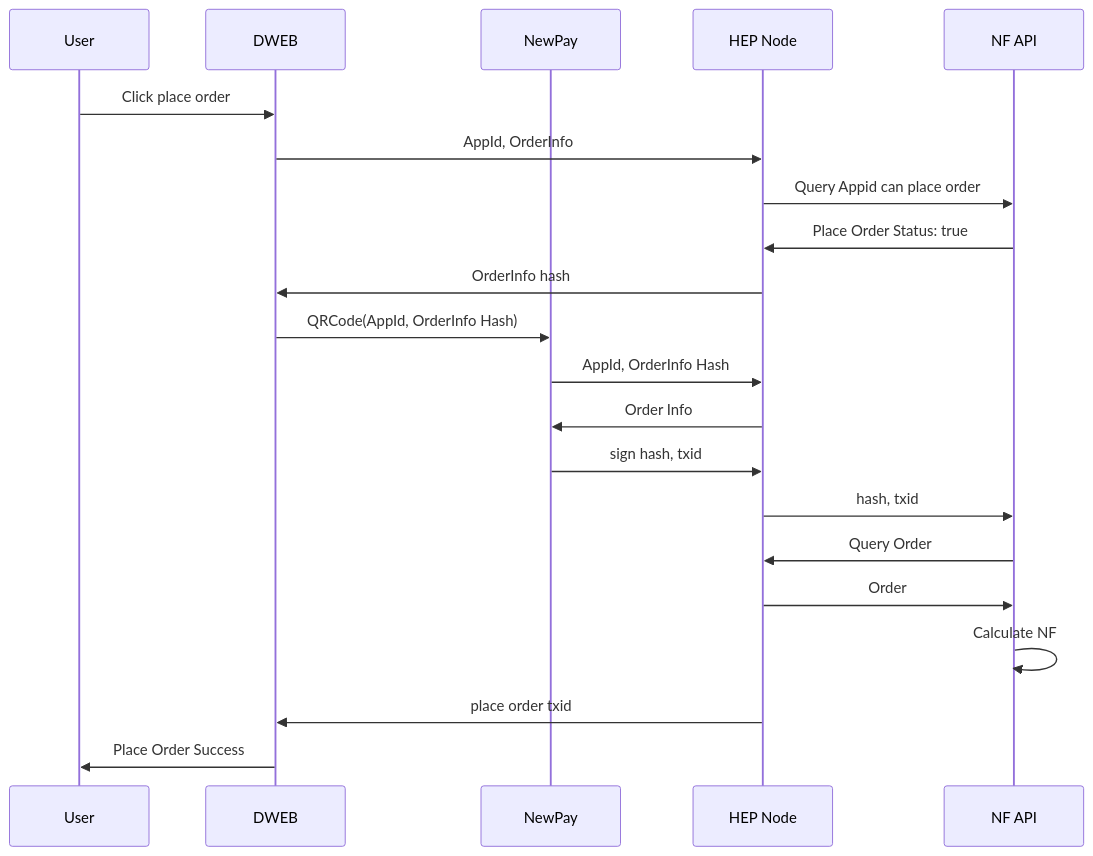
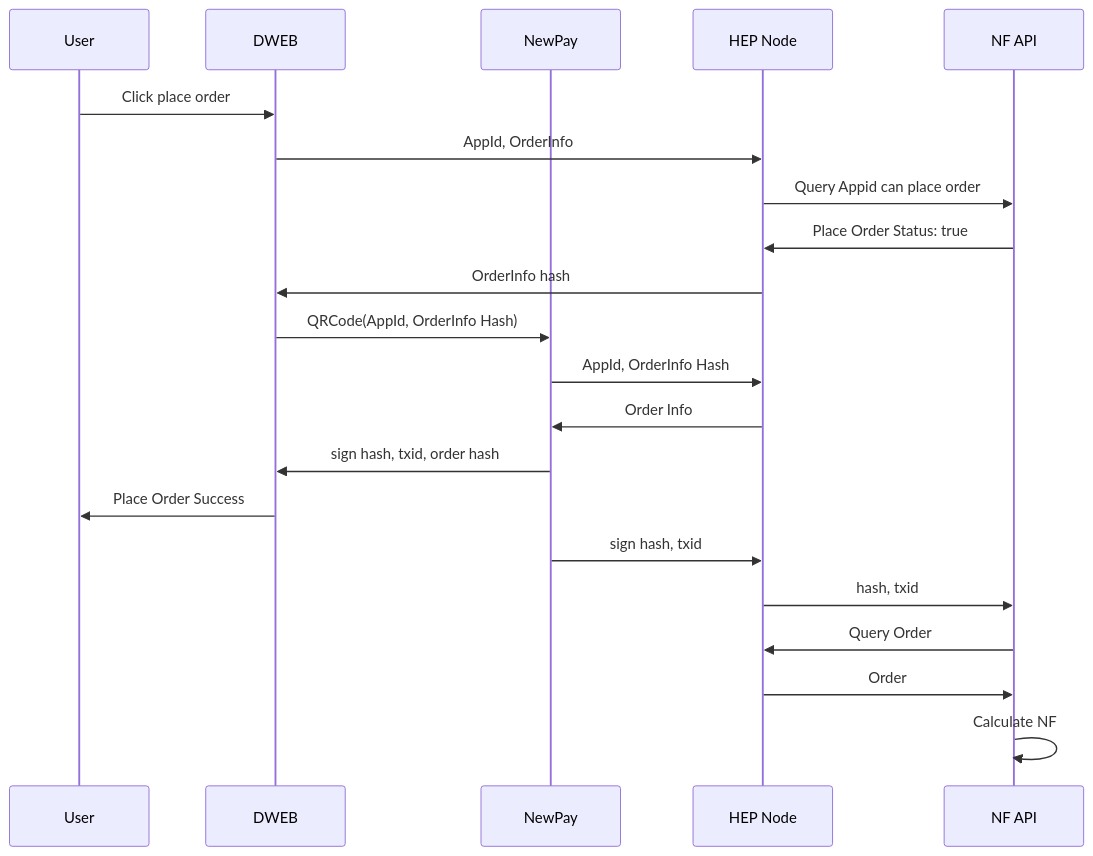
The third of 3 diagrams in hep-node/DWEB.md (newtonproject/HEP-specification), drawn with Mermaid before and after one commit.

````diff
--- a/hep-node/DWEB.md
+++ b/hep-node/DWEB.md
@@ -33,23 +33,23 @@
 ```mermaid
 sequenceDiagram;
 	participant User;
 	participant DWEB;
 	participant NewPay;
 	participant HEP Node;
 	participant NF API;
 	User->>DWEB:Click place order;
 	DWEB->>HEP Node:AppId, OrderInfo;
 	HEP Node->>NF API:Query Appid can place order;
 	NF API->>HEP Node:Place Order Status: true;
 	HEP Node->>DWEB: OrderInfo hash;
 	DWEB->>NewPay: QRCode(AppId, OrderInfo Hash)
 	NewPay->> HEP Node:AppId, OrderInfo Hash;
 	HEP Node->>NewPay:Order Info;
+	NewPay->>DWEB:sign hash, txid, order hash;
+	DWEB->>User:Place Order Success;
 	NewPay->>HEP Node:sign hash, txid;
 	HEP Node->>NF API:hash, txid;
 	NF API->>HEP Node:Query Order;
 	HEP Node->>NF API:Order;
 	NF API->>NF API: Calculate NF;
-	HEP Node->>DWEB:place order txid;
-	DWEB->>User:Place Order Success;
 ```
````
